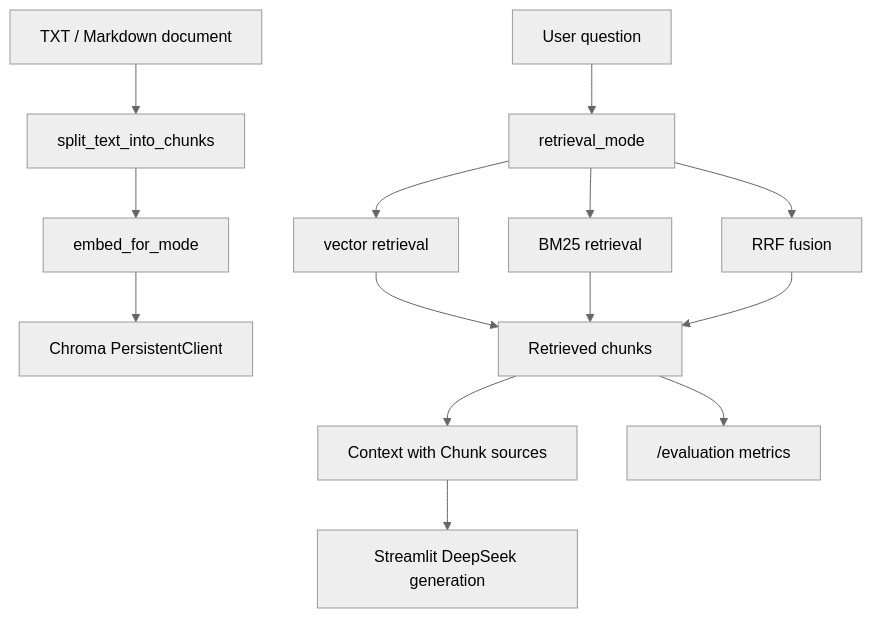
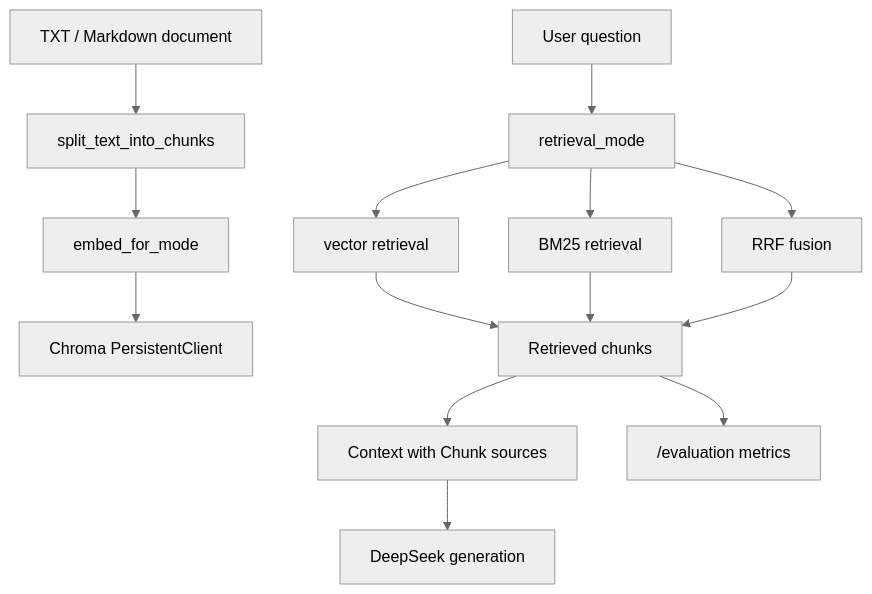
Before and after one commit to P1nkAndWh1te/python-learning-plan: the diagram in 04_成果输出/rag-qa-system/ARCHITECTURE.md, drawn with Mermaid (neutral theme). The commit also changed other lines of this file and 14 other files, not shown here.

````diff
--- a/04_成果输出/rag-qa-system/ARCHITECTURE.md
+++ b/04_成果输出/rag-qa-system/ARCHITECTURE.md
@@ -45,16 +46,16 @@
 ```mermaid
 flowchart TD
     A["TXT / Markdown document"] --> B["split_text_into_chunks"]
     B --> C["embed_for_mode"]
     C --> D["Chroma PersistentClient"]
     E["User question"] --> F["retrieval_mode"]
     F --> G["vector retrieval"]
     F --> H["BM25 retrieval"]
     F --> I["RRF fusion"]
     G --> J["Retrieved chunks"]
     H --> J
     I --> J
     J --> K["Context with Chunk sources"]
-    K --> L["Streamlit DeepSeek generation"]
+    K --> L["DeepSeek generation"]
     J --> M["/evaluation metrics"]
 ```
````
